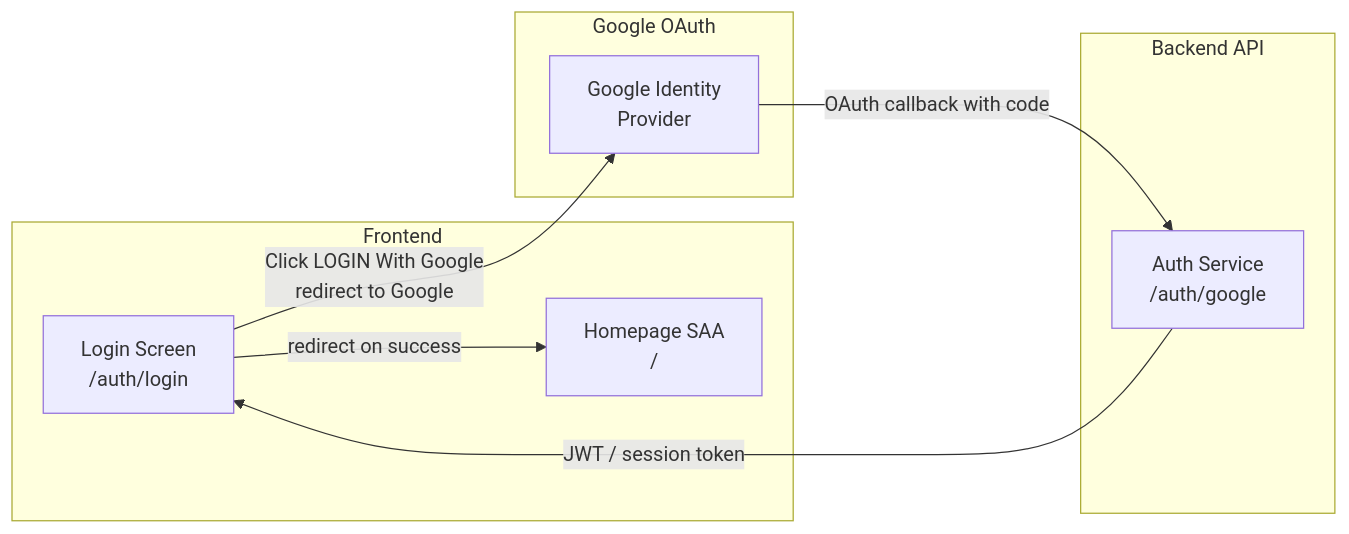
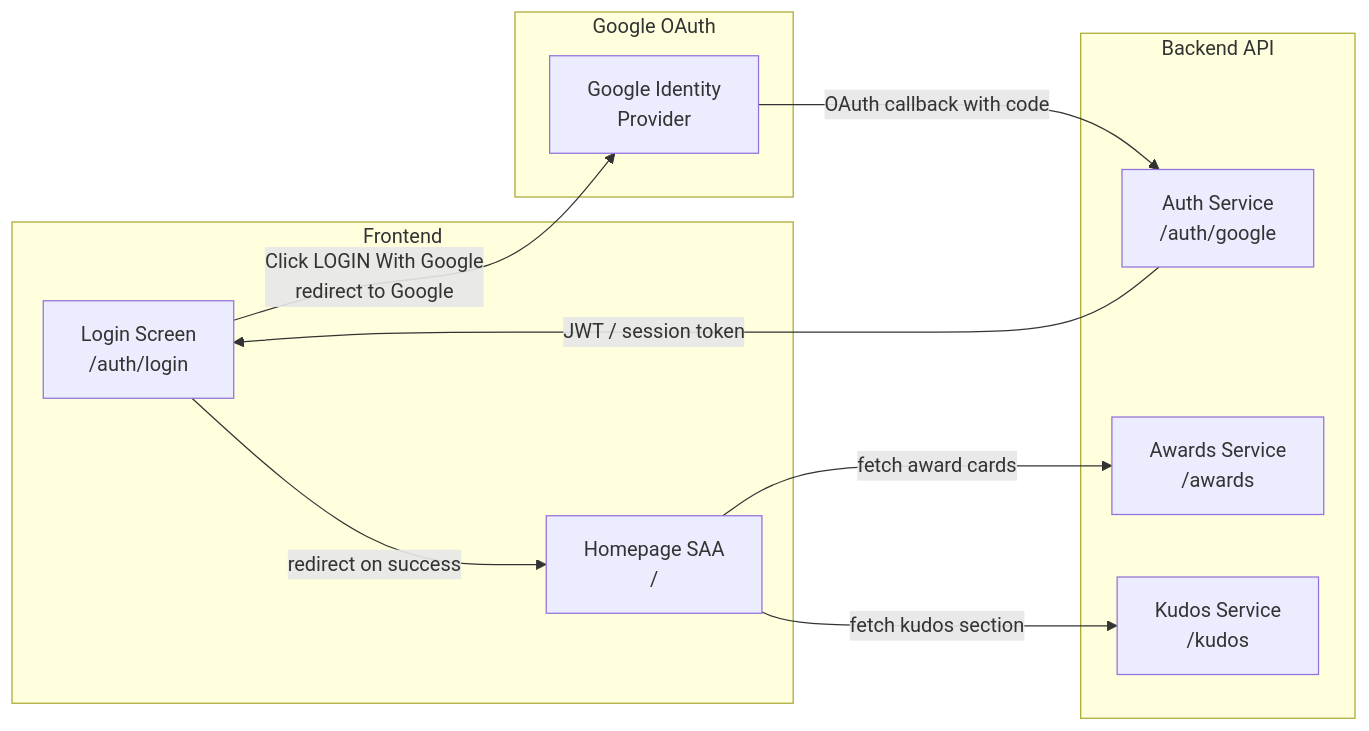
One commit to hieudt-2054/agentic-coding-hands-on changed the second of 2 diagrams in .momorph/contexts/SCREENFLOW.md. Above: the diagram before and after it, drawn with Mermaid. The commit also changed other lines of this file, not shown here.

First line of the commit message:
docs(screenflow): discover Homepage SAA screen

````diff
--- a/.momorph/contexts/SCREENFLOW.md
+++ b/.momorph/contexts/SCREENFLOW.md
@@ -136,20 +230,24 @@
 ```mermaid
 flowchart LR
     subgraph Client["Frontend"]
         Login["Login Screen\n/auth/login"]
         Homepage["Homepage SAA\n/"]
     end
 
     subgraph GoogleOAuth["Google OAuth"]
         Google["Google Identity\nProvider"]
     end
 
     subgraph API["Backend API"]
         AuthAPI["Auth Service\n/auth/google"]
+        AwardsAPI["Awards Service\n/awards"]
+        KudosAPI["Kudos Service\n/kudos"]
     end
 
     Login -->|"Click LOGIN With Google\nredirect to Google"| Google
     Google -->|"OAuth callback with code"| AuthAPI
     AuthAPI -->|"JWT / session token"| Login
     Login -->|"redirect on success"| Homepage
+    Homepage -->|"fetch award cards"| AwardsAPI
+    Homepage -->|"fetch kudos section"| KudosAPI
 ```
````
